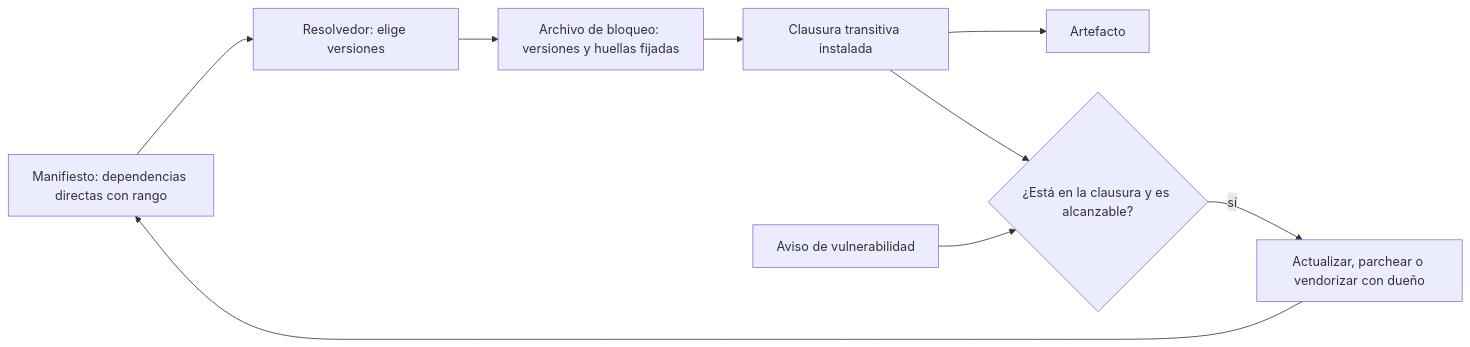
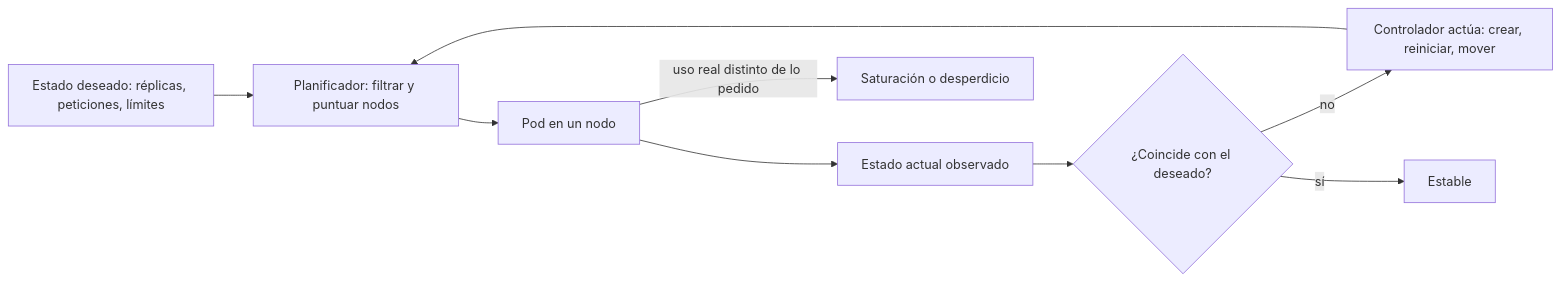
Before and after one commit to vladimiracunadev-create/modern-software-engineering-program: the diagram in content/part-33/SE-399.md, drawn with Mermaid. The commit also changed other lines of this file and 5193 other files, not shown here.

````diff
--- a/content/part-33/SE-399.md
+++ b/content/part-33/SE-399.md
@@ -57,11 +55,11 @@
 ```mermaid
 flowchart LR
-    A[Manifiesto: dependencias directas con rango] --> B[Resolvedor: elige versiones]
-    B --> C[Archivo de bloqueo: versiones y huellas fijadas]
-    C --> D[Clausura transitiva instalada]
-    D --> E[Artefacto]
-    F[Aviso de vulnerabilidad] --> G{¿Está en la clausura y es alcanzable?}
-    D --> G
-    G -->|sí| H[Actualizar, parchear o vendorizar con dueño]
-    H --> A
+    A[Estado deseado: réplicas, peticiones, límites] --> B[Planificador: filtrar y puntuar nodos]
+    B --> C[Pod en un nodo]
+    C --> D[Estado actual observado]
+    D --> E{¿Coincide con el deseado?}
+    E -->|no| F[Controlador actúa: crear, reiniciar, mover]
+    F --> B
+    E -->|sí| G[Estable]
+    C -->|uso real distinto de lo pedido| H[Saturación o desperdicio]
 ```
````
